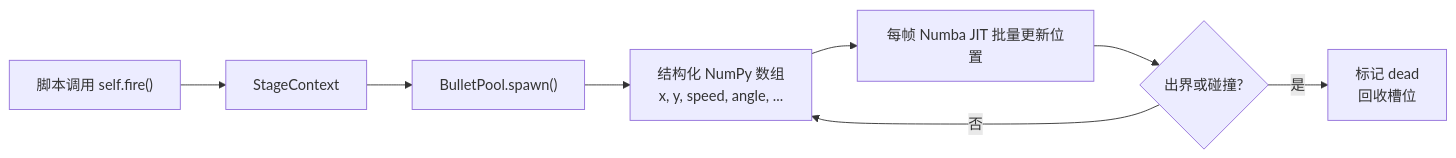
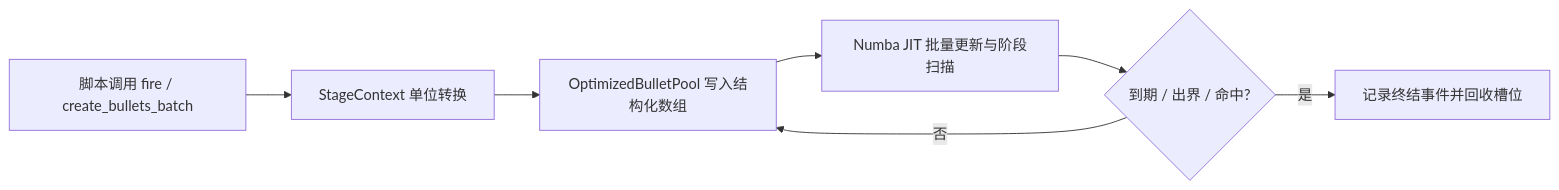
The fourth of 6 diagrams in docs/architecture.md (qwqpap/PythonSTG), drawn with Mermaid before and after one commit. The commit also changed other lines of this file and 19 other files, not shown here.

````diff
--- a/docs/architecture.md
+++ b/docs/architecture.md
@@ -138,10 +134,9 @@
 ```mermaid
 flowchart LR
-    fire["脚本调用 self.fire()"] --> ctx["StageContext"]
-    ctx --> spawn["BulletPool.spawn()"]
-    spawn --> data["结构化 NumPy 数组<br/>x, y, speed, angle, ..."]
-    data --> jit["每帧 Numba JIT 批量更新位置"]
-    jit --> endstate{"出界或碰撞?"}
-    endstate -- 否 --> data
-    endstate -- 是 --> recycle["标记 dead<br/>回收槽位"]
+    fire["脚本调用 fire / create_bullets_batch"] --> ctx["StageContext 单位转换"]
+    ctx --> spawn["OptimizedBulletPool 写入结构化数组"]
+    spawn --> jit["Numba JIT 批量更新与阶段扫描"]
+    jit --> endstate{"到期 / 出界 / 命中?"}
+    endstate -- 否 --> spawn
+    endstate -- 是 --> recycle["记录终结事件并回收槽位"]
 ```
````
